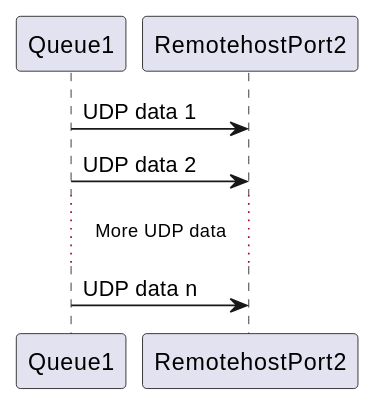
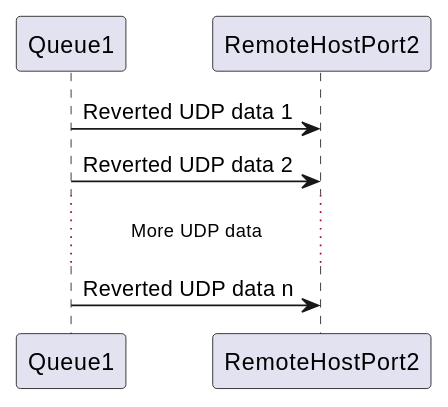
The second of 4 diagrams in doc/architecture.md (xiguichen/tcpudp), drawn with PlantUML before and after one commit. The commit also changed other lines of this file, not shown here.

```diff
--- a/doc/architecture.md
+++ b/doc/architecture.md
@@ -16,8 +17,8 @@
 @startuml
 
-Queue1 -> RemotehostPort2: UDP data 1
-Queue1 -> RemotehostPort2: UDP data 2
+Queue1 -> RemoteHostPort2: Reverted UDP data 1
+Queue1 -> RemoteHostPort2: Reverted UDP data 2
 ... More UDP data ...
-Queue1 -> RemotehostPort2: UDP data n
+Queue1 -> RemoteHostPort2: Reverted UDP data n
 
 @enduml
```
